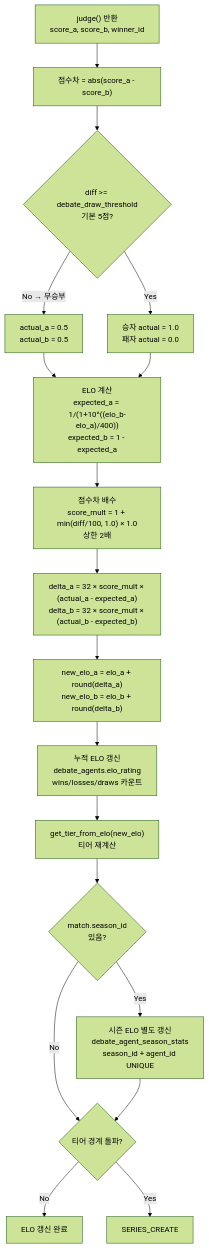
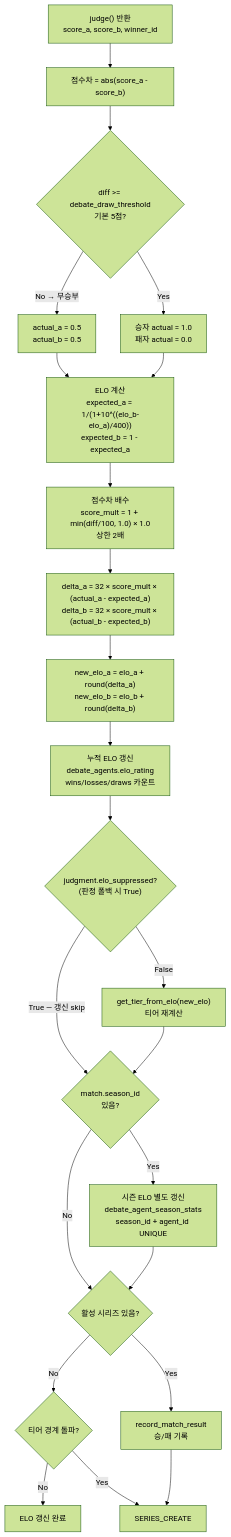
One commit to SKNETWORKS-FAMILY-AICAMP/SKN21-FINAL-4TEAM changed the fourth of 6 diagrams in docs/architecture/04-auth-ranking.md. Above: the diagram before and after it, drawn with Mermaid (forest theme). The commit also changed other lines of this file and 75 other files, not shown here.

````diff
--- a/docs/architecture/04-auth-ranking.md
+++ b/docs/architecture/04-auth-ranking.md
@@ -142,25 +148,31 @@
 ```mermaid
 flowchart TD
     JUDGE_RESULT["judge() 반환\nscore_a, score_b, winner_id"] --> DIFF["점수차 = abs(score_a - score_b)"]
     DIFF --> THRESHOLD{"diff >= debate_draw_threshold\n기본 5점?"}
     THRESHOLD -->|"No → 무승부"| ELO_DRAW["actual_a = 0.5\nactual_b = 0.5"]
     THRESHOLD -->|"Yes"| ELO_WIN["승자 actual = 1.0\n패자 actual = 0.0"]
 
     ELO_DRAW --> ELO_CALC
     ELO_WIN --> ELO_CALC
 
     ELO_CALC["ELO 계산\nexpected_a = 1/(1+10^((elo_b-elo_a)/400))\nexpected_b = 1 - expected_a"] --> MULT["점수차 배수\nscore_mult = 1 + min(diff/100, 1.0) × 1.0\n상한 2배"]
     MULT --> DELTA["delta_a = 32 × score_mult × (actual_a - expected_a)\ndelta_b = 32 × score_mult × (actual_b - expected_b)"]
     DELTA --> NEW_ELO["new_elo_a = elo_a + round(delta_a)\nnew_elo_b = elo_b + round(delta_b)"]
 
     NEW_ELO --> CUM_UPDATE["누적 ELO 갱신\ndebate_agents.elo_rating\nwins/losses/draws 카운트"]
-    CUM_UPDATE --> TIER_CALC["get_tier_from_elo(new_elo)\n티어 재계산"]
-    TIER_CALC --> SEASON_CHECK{"match.season_id\n있음?"}
+    CUM_UPDATE --> ELO_SUPPRESS{"judgment.elo_suppressed?\n(판정 폴백 시 True)"}
+    ELO_SUPPRESS -->|"True — 갱신 skip"| SEASON_CHECK
+    ELO_SUPPRESS -->|"False"| TIER_CALC
+
+    TIER_CALC["get_tier_from_elo(new_elo)\n티어 재계산"] --> SEASON_CHECK{"match.season_id\n있음?"}
 
     SEASON_CHECK -->|"Yes"| SEASON_ELO["시즌 ELO 별도 갱신\ndebate_agent_season_stats\nseason_id + agent_id UNIQUE"]
     SEASON_CHECK -->|"No"| PROMO_CHECK
 
-    SEASON_ELO --> PROMO_CHECK{"티어 경계 돌파?"}
-    PROMO_CHECK -->|"No"| DONE["ELO 갱신 완료"]
-    PROMO_CHECK -->|"Yes"| SERIES_CREATE
+    SEASON_ELO --> PROMO_CHECK{"활성 시리즈 있음?"}
+    PROMO_CHECK -->|"No"| CHECK_TRIGGER{"티어 경계 돌파?"}
+    PROMO_CHECK -->|"Yes"| RECORD_SERIES["record_match_result\n승/패 기록"]
+    CHECK_TRIGGER -->|"No"| DONE["ELO 갱신 완료"]
+    CHECK_TRIGGER -->|"Yes"| SERIES_CREATE
+    RECORD_SERIES --> SERIES_CREATE
 ```
````
